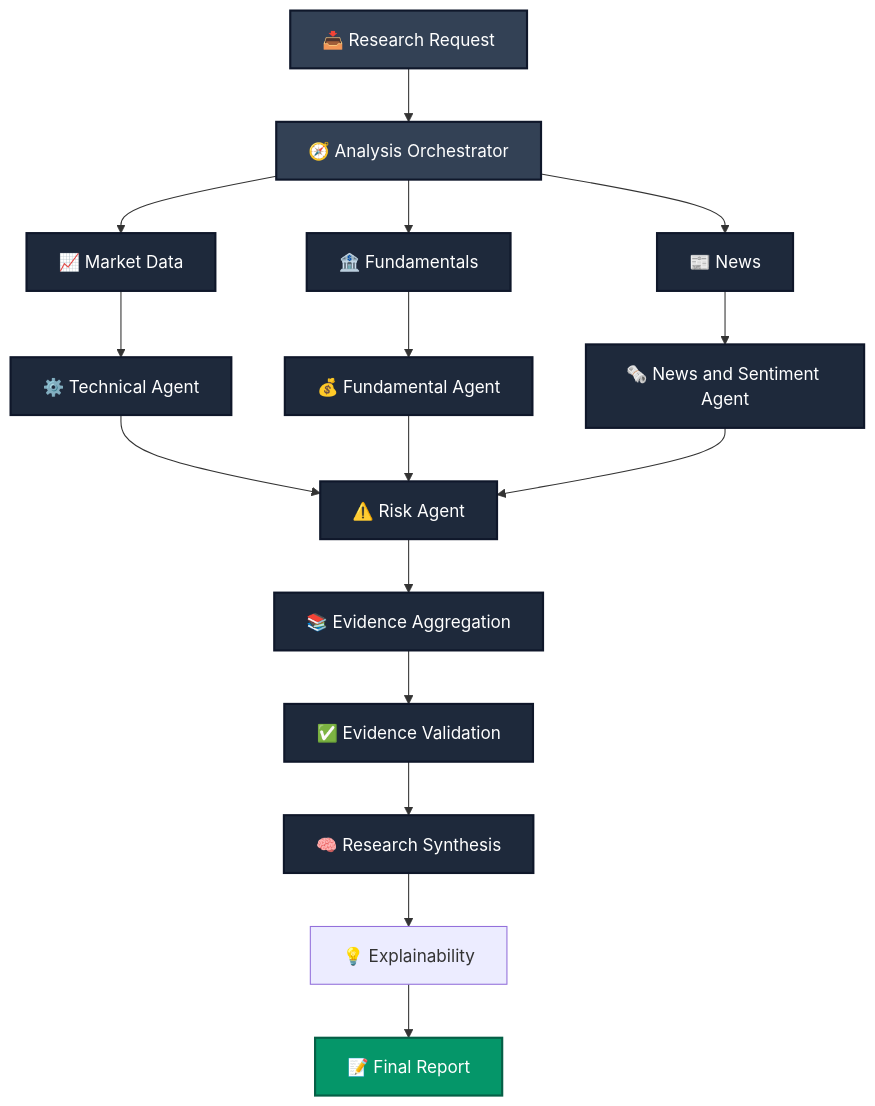
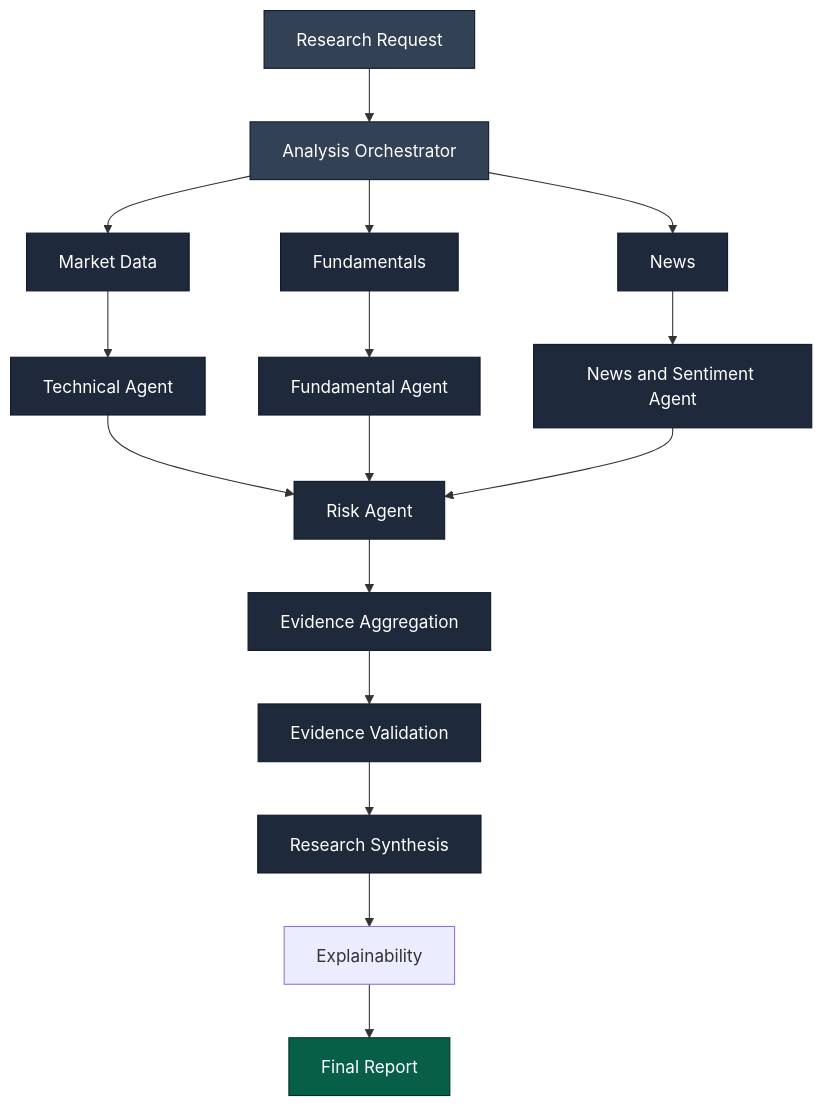
Before and after one commit to bbhavya34/StockLens: the fourth of 7 diagrams in README.md, drawn with Mermaid. The commit also changed other lines of this file, not shown here.

````diff
--- a/README.md
+++ b/README.md
@@ -238,26 +229,26 @@
 ```mermaid
 flowchart TB
-    A[📥 Research Request] --> B[🧭 Analysis Orchestrator]
-    B --> C1[📈 Market Data]
-    B --> C2[🏦 Fundamentals]
-    B --> C3[📰 News]
-    C1 --> D1[⚙️ Technical Agent]
-    C2 --> D2[💰 Fundamental Agent]
-    C3 --> D3[🗞️ News and Sentiment Agent]
-    D1 --> E[⚠️ Risk Agent]
+    A[Research Request] --> B[Analysis Orchestrator]
+    B --> C1[Market Data]
+    B --> C2[Fundamentals]
+    B --> C3[News]
+    C1 --> D1[Technical Agent]
+    C2 --> D2[Fundamental Agent]
+    C3 --> D3[News and Sentiment Agent]
+    D1 --> E[Risk Agent]
     D2 --> E
     D3 --> E
-    E --> F[📚 Evidence Aggregation]
-    F --> G[✅ Evidence Validation]
-    G --> H[🧠 Research Synthesis]
-    H --> I[💡 Explainability]
-    I --> J[📝 Final Report]
+    E --> F[Evidence Aggregation]
+    F --> G[Evidence Validation]
+    G --> H[Research Synthesis]
+    H --> I[Explainability]
+    I --> J[Final Report]
 
-    classDef start fill:#334155,stroke:#0F172A,color:#fff,stroke-width:2px
-    classDef mid fill:#1E293B,stroke:#0F172A,color:#fff,stroke-width:2px
-    classDef final fill:#059669,stroke:#065F46,color:#fff,stroke-width:2px
+    classDef start fill:#334155,stroke:#0F172A,color:#fff,stroke-width:1px
+    classDef mid fill:#1E293B,stroke:#0F172A,color:#fff,stroke-width:1px
+    classDef final fill:#065F46,stroke:#022C22,color:#fff,stroke-width:1px
 
     class A,B start
     class C1,C2,C3,D1,D2,D3,E,F,G,H mid
     class J final
 ```
````
